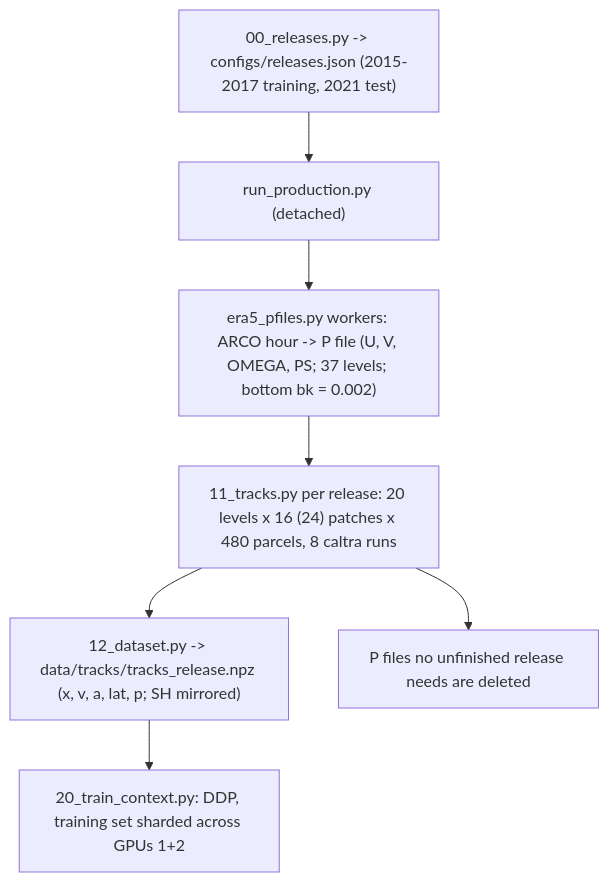
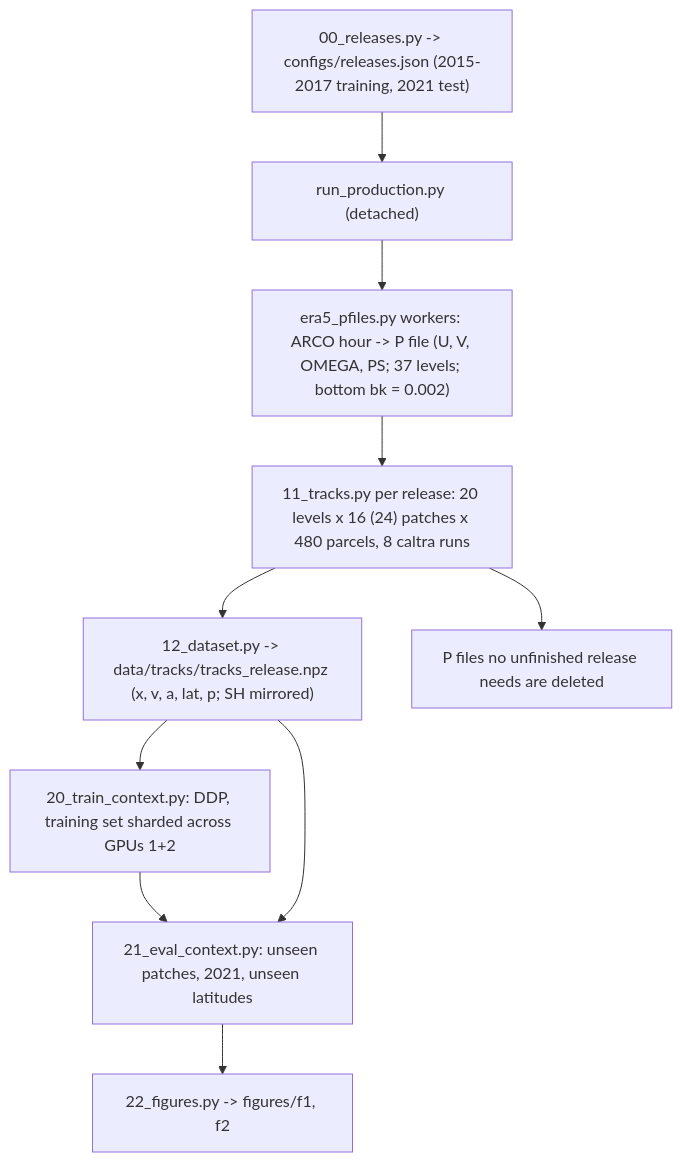
One commit to yanxingjianken/ki-lagrangian-tracks changed the diagram in 03_era5/README.md. Above: the diagram before and after it, drawn with Mermaid. The commit also changed other lines of this file and 2 other files, not shown here.

````diff
--- a/03_era5/README.md
+++ b/03_era5/README.md
@@ -36,9 +40,12 @@
 ```mermaid
 graph TD
     R["00_releases.py -> configs/releases.json (2015-2017 training, 2021 test)"] --> O["run_production.py (detached)"]
     O --> D["era5_pfiles.py workers: ARCO hour -> P file (U, V, OMEGA, PS; 37 levels; bottom bk = 0.002)"]
     D --> T["11_tracks.py per release: 20 levels x 16 (24) patches x 480 parcels, 8 caltra runs"]
     T --> S["12_dataset.py -> data/tracks/tracks_release.npz (x, v, a, lat, p; SH mirrored)"]
     T --> X["P files no unfinished release needs are deleted"]
     S --> TR["20_train_context.py: DDP, training set sharded across GPUs 1+2"]
+    TR --> E["21_eval_context.py: unseen patches, 2021, unseen latitudes"]
+    S --> E
+    E --> F["22_figures.py -> figures/f1, f2"]
 ```
````
